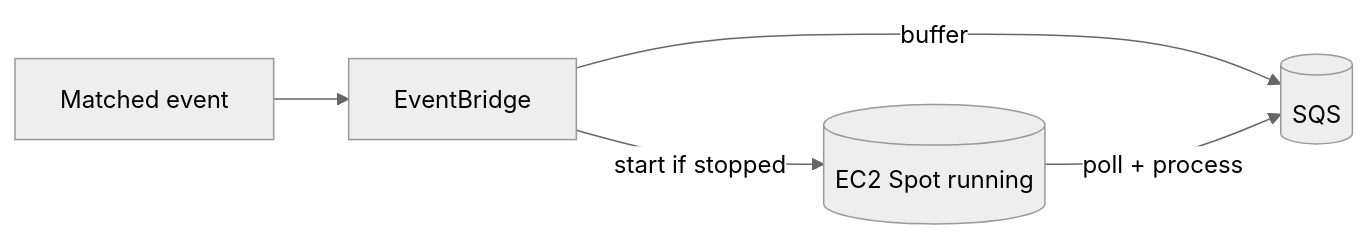
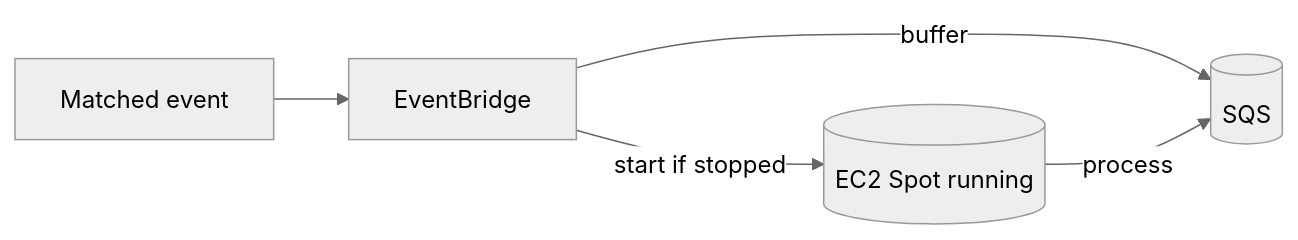
One commit to teddynted/ai-github-repository-blog-generator changed the first of 2 diagrams in docs/cost-optimization.md. Above: the diagram before and after it, drawn with Mermaid (neutral theme). The commit also changed other lines of this file and 12 other files, not shown here.

````diff
--- a/docs/cost-optimization.md
+++ b/docs/cost-optimization.md
@@ -38,7 +36,7 @@
 ```mermaid
 flowchart LR
     WH[Matched event] --> EB[EventBridge]
     EB -->|start if stopped| EC2[(EC2 Spot running)]
     EB -->|buffer| SQS[(SQS)]
-    EC2 -->|poll + process| SQS
+    EC2 -->|process| SQS
 ```
````
